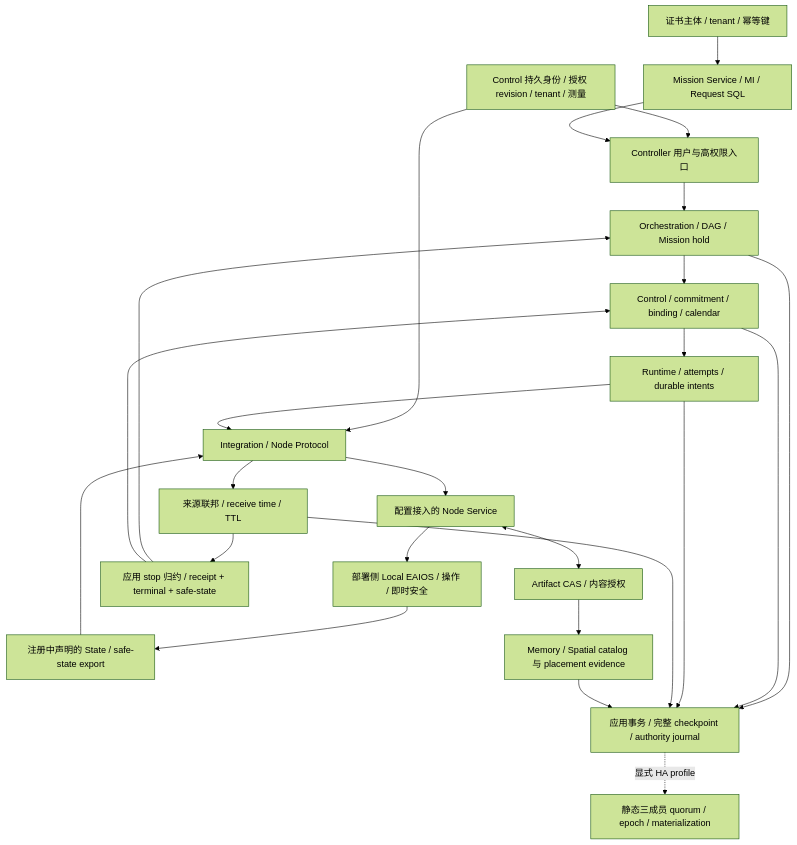
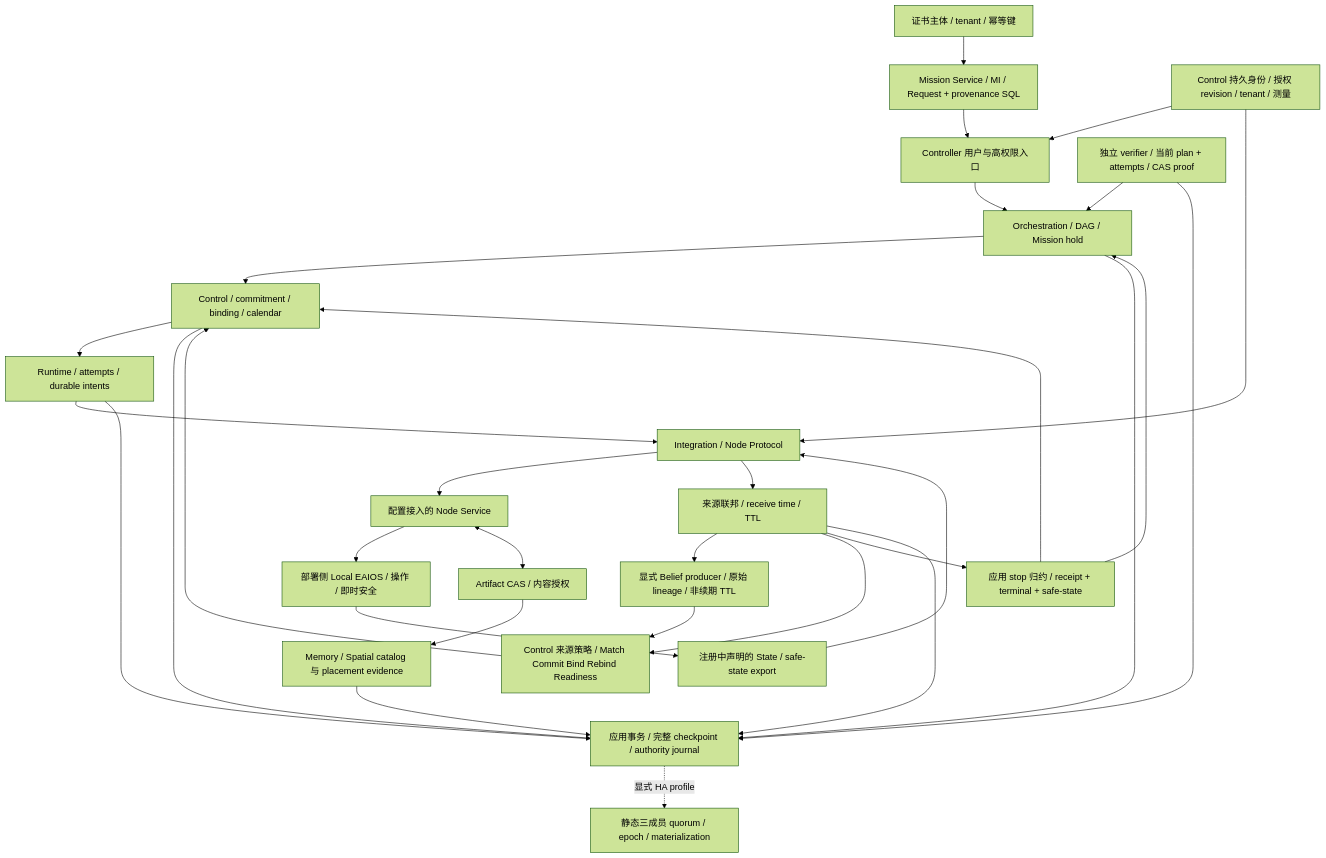
One commit to Farewell-CK/RoboGuide changed the diagram in docs/architecture/v2/implementation-topology.md. Above: the diagram before and after it, drawn with Mermaid (forest theme). The commit also changed other lines of this file and 98 other files, not shown here.

````diff
--- a/docs/architecture/v2/implementation-topology.md
+++ b/docs/architecture/v2/implementation-topology.md
@@ -7,27 +7,33 @@
 ```mermaid
 flowchart TB
-  Client[证书主体 / tenant / 幂等键] --> MI[Mission Service / MI / Request SQL]
+  Client[证书主体 / tenant / 幂等键] --> MI[Mission Service / MI / Request + provenance SQL]
   ID[Control 持久身份 / 授权 revision / tenant / 测量] --> Entry
   ID --> PROTO
   MI --> Entry[Controller 用户与高权限入口]
   Entry --> ORCH[Orchestration / DAG / Mission hold]
   ORCH --> CTRL[Control / commitment / binding / calendar]
   CTRL --> RT[Runtime / attempts / durable intents]
   RT --> PROTO[Integration / Node Protocol]
   PROTO --> NODE[配置接入的 Node Service]
   NODE --> LOCAL[部署侧 Local EAIOS / 操作 / 即时安全]
   LOCAL --> OBS[注册中声明的 State / safe-state export]
   OBS --> PROTO
   PROTO --> STATE[来源联邦 / receive time / TTL]
+  STATE --> BELIEF[显式 Belief producer / 原始 lineage / 非续期 TTL]
+  BELIEF --> GATE[Control 来源策略 / Match Commit Bind Rebind Readiness]
+  STATE --> GATE
+  GATE --> CTRL
+  VERIFY[独立 verifier / 当前 plan + attempts / CAS proof] --> ORCH
+  VERIFY --> SQL
   STATE --> STOP[应用 stop 归约 / receipt + terminal + safe-state]
   STOP --> ORCH
   STOP --> CTRL
   ORCH --> SQL[应用事务 / 完整 checkpoint / authority journal]
   CTRL --> SQL
   RT --> SQL
   STATE --> SQL
   SQL -. 显式 HA profile .-> HA[静态三成员 quorum / epoch / materialization]
   NODE <--> ART[Artifact CAS / 内容授权]
   ART --> CAT[Memory / Spatial catalog 与 placement evidence]
   CAT --> SQL
 ```
````
